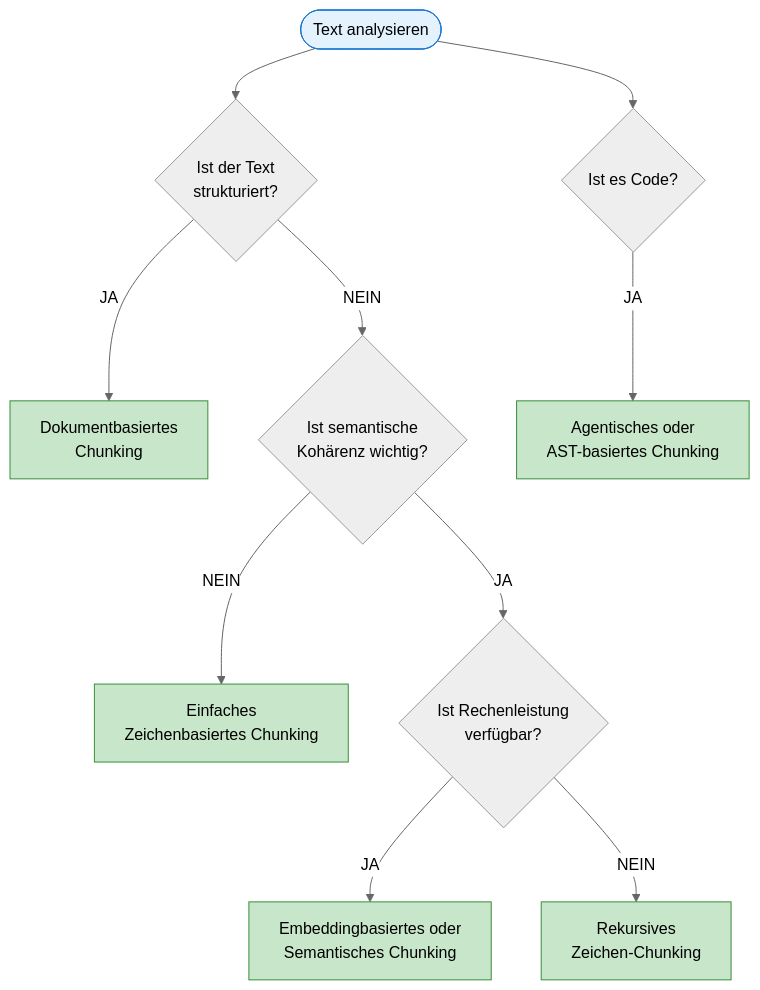
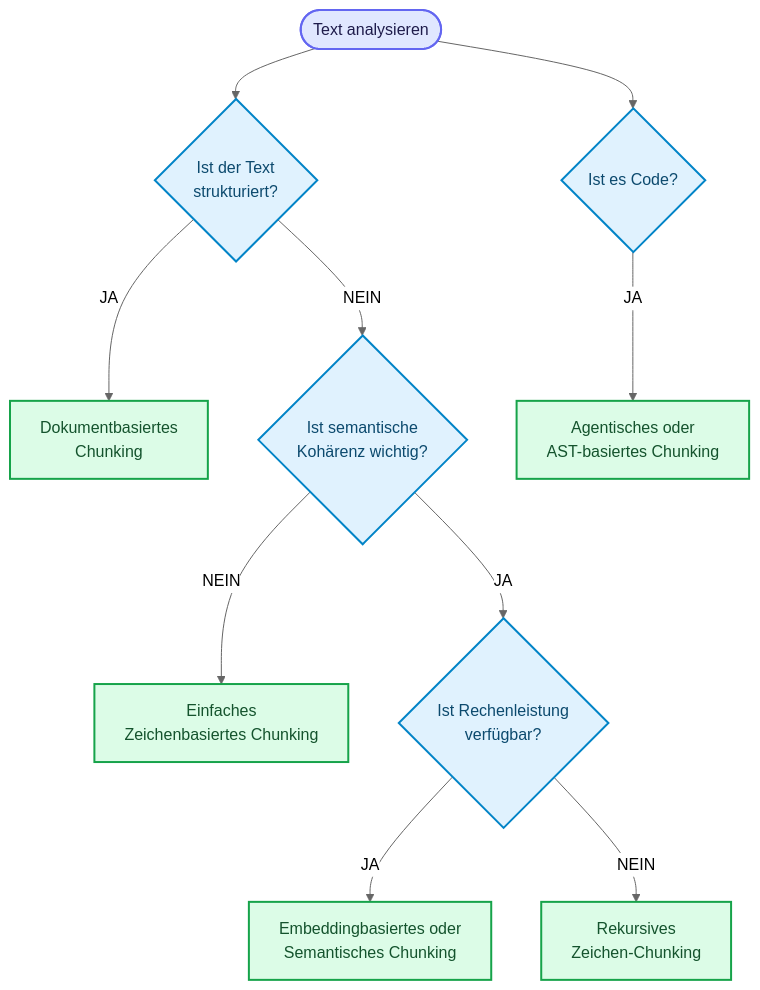
Before and after one commit to ralf-42/Agenten: the diagram in docs/04-agenten-implementierung/kontext-wissen/tokenizing-chunking.md, drawn with Mermaid (neutral theme). The commit also changed 15 other files, not shown here.

````diff
--- a/docs/04-agenten-implementierung/kontext-wissen/tokenizing-chunking.md
+++ b/docs/04-agenten-implementierung/kontext-wissen/tokenizing-chunking.md
@@ -216,23 +216,22 @@
 ```mermaid
 flowchart TD
     START([Text analysieren]) --> Q1{Ist der Text<br>strukturiert?}
 
     Q1 -->|JA| DOK[Dokumentbasiertes<br>Chunking]
     Q1 -->|NEIN| Q2{Ist semantische<br>Kohärenz wichtig?}
 
     Q2 -->|NEIN| ZEICHEN[Einfaches<br>Zeichenbasiertes Chunking]
     Q2 -->|JA| Q3{Ist Rechenleistung<br>verfügbar?}
 
     Q3 -->|JA| EMBED[Embeddingbasiertes oder<br>Semantisches Chunking]
     Q3 -->|NEIN| REKURSIV[Rekursives<br>Zeichen-Chunking]
 
     START --> Q4{Ist es Code?}
     Q4 -->|JA| AGENT[Agentisches oder<br>AST-basiertes Chunking]
 
-    style START fill:#e3f2fd,stroke:#1976d2
-    style DOK fill:#c8e6c9,stroke:#388e3c
-    style ZEICHEN fill:#c8e6c9,stroke:#388e3c
-    style EMBED fill:#c8e6c9,stroke:#388e3c
-    style REKURSIV fill:#c8e6c9,stroke:#388e3c
-    style AGENT fill:#c8e6c9,stroke:#388e3c
+    classDef default fill:#e0f2fe,stroke:#0284c7,stroke-width:2px,color:#0c4a6e;
+    classDef input fill:#e0e7ff,stroke:#6366f1,stroke-width:2px,color:#1e1b4b;
+    classDef output fill:#dcfce7,stroke:#16a34a,stroke-width:2px,color:#14532d;
+    class START input;
+    class DOK,ZEICHEN,EMBED,REKURSIV,AGENT output;
 ```
````
